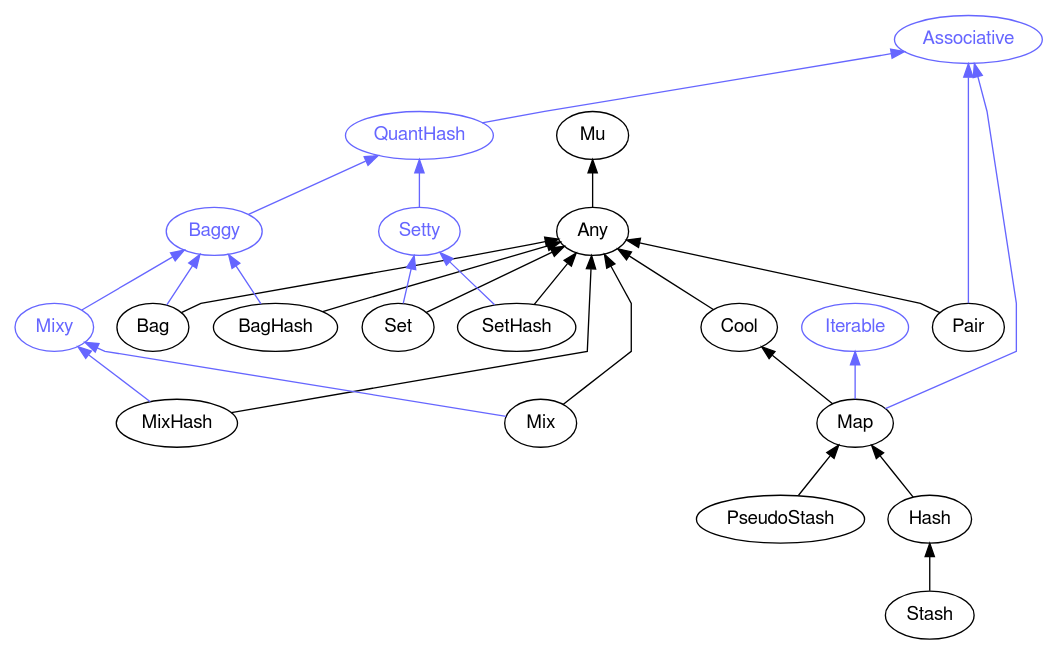
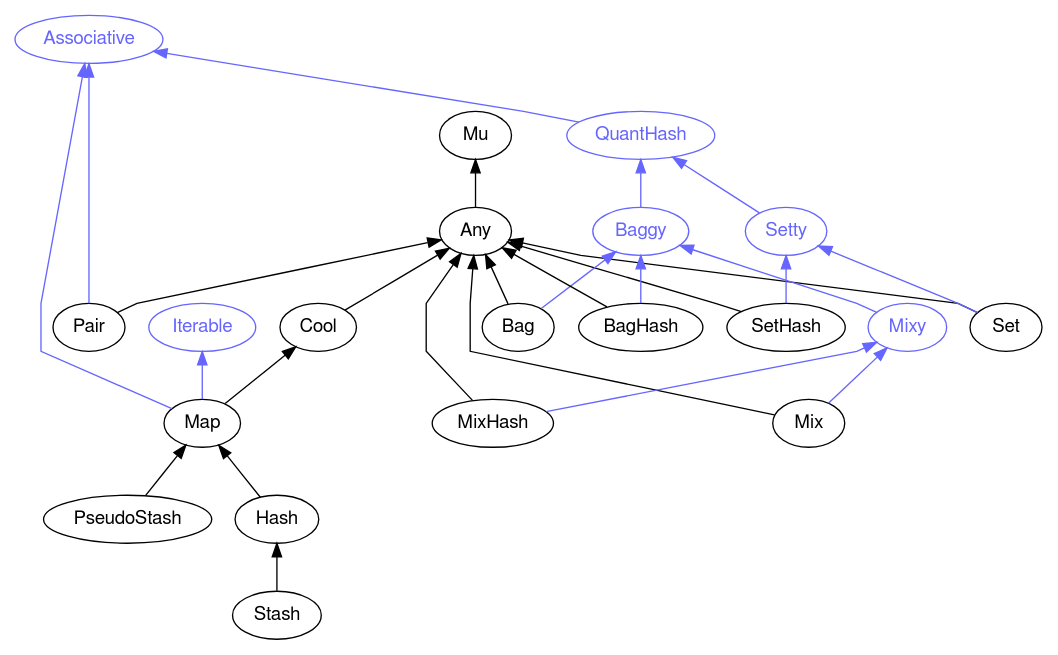
Before and after one commit to perl6docs/perl6docs.github.io: the diagram in images/type-graph-Associative.svg.dot, drawn with Graphviz. The commit also changed other lines of this file and 4402 other files, not shown here.

```diff
--- a/images/type-graph-Associative.svg.dot
+++ b/images/type-graph-Associative.svg.dot
@@ -1,56 +1,56 @@
 digraph "perl6-type-graph" {
     rankdir=BT;
     splines=polyline;
     overlap=false; 
     // Types
     "Associative" [color="#6666FF", fontcolor="#6666FF", href="/type/Associative", fontname="FreeSans"];
+    "QuantHash" [color="#6666FF", fontcolor="#6666FF", href="/type/QuantHash", fontname="FreeSans"];
     "Mu" [color="#000000", fontcolor="#000000", href="/type/Mu", fontname="FreeSans"];
     "Any" [color="#000000", fontcolor="#000000", href="/type/Any", fontname="FreeSans"];
     "Pair" [color="#000000", fontcolor="#000000", href="/type/Pair", fontname="FreeSans"];
     "Cool" [color="#000000", fontcolor="#000000", href="/type/Cool", fontname="FreeSans"];
     "Iterable" [color="#6666FF", fontcolor="#6666FF", href="/type/Iterable", fontname="FreeSans"];
     "Map" [color="#000000", fontcolor="#000000", href="/type/Map", fontname="FreeSans"];
-    "QuantHash" [color="#6666FF", fontcolor="#6666FF", href="/type/QuantHash", fontname="FreeSans"];
     "PseudoStash" [color="#000000", fontcolor="#000000", href="/type/PseudoStash", fontname="FreeSans"];
     "Hash" [color="#000000", fontcolor="#000000", href="/type/Hash", fontname="FreeSans"];
+    "Setty" [color="#6666FF", fontcolor="#6666FF", href="/type/Setty", fontname="FreeSans"];
     "Baggy" [color="#6666FF", fontcolor="#6666FF", href="/type/Baggy", fontname="FreeSans"];
-    "Setty" [color="#6666FF", fontcolor="#6666FF", href="/type/Setty", fontname="FreeSans"];
     "Stash" [color="#000000", fontcolor="#000000", href="/type/Stash", fontname="FreeSans"];
-    "Bag" [color="#000000", fontcolor="#000000", href="/type/Bag", fontname="FreeSans"];
-    "Mixy" [color="#6666FF", fontcolor="#6666FF", href="/type/Mixy", fontname="FreeSans"];
-    "BagHash" [color="#000000", fontcolor="#000000", href="/type/BagHash", fontname="FreeSans"];
     "Set" [color="#000000", fontcolor="#000000", href="/type/Set", fontname="FreeSans"];
     "SetHash" [color="#000000", fontcolor="#000000", href="/type/SetHash", fontname="FreeSans"];
+    "Mixy" [color="#6666FF", fontcolor="#6666FF", href="/type/Mixy", fontname="FreeSans"];
+    "Bag" [color="#000000", fontcolor="#000000", href="/type/Bag", fontname="FreeSans"];
+    "BagHash" [color="#000000", fontcolor="#000000", href="/type/BagHash", fontname="FreeSans"];
+    "Mix" [color="#000000", fontcolor="#000000", href="/type/Mix", fontname="FreeSans"];
     "MixHash" [color="#000000", fontcolor="#000000", href="/type/MixHash", fontname="FreeSans"];
-    "Mix" [color="#000000", fontcolor="#000000", href="/type/Mix", fontname="FreeSans"];
 
     // Superclasses
     "Any" -> "Mu" [color="#000000"];
     "Pair" -> "Any" [color="#000000"];
     "Cool" -> "Any" [color="#000000"];
     "Map" -> "Cool" [color="#000000"];
     "PseudoStash" -> "Map" [color="#000000"];
     "Hash" -> "Map" [color="#000000"];
     "Stash" -> "Hash" [color="#000000"];
+    "Set" -> "Any" [color="#000000"];
+    "SetHash" -> "Any" [color="#000000"];
     "Bag" -> "Any" [color="#000000"];
     "BagHash" -> "Any" [color="#000000"];
-    "Set" -> "Any" [color="#000000"];
-    "SetHash" -> "Any" [color="#000000"];
+    "Mix" -> "Any" [color="#000000"];
     "MixHash" -> "Any" [color="#000000"];
-    "Mix" -> "Any" [color="#000000"];
 
     // Roles
+    "QuantHash" -> "Associative" [color="#6666FF"];
     "Pair" -> "Associative" [color="#6666FF"];
     "Map" -> "Iterable" [color="#6666FF"];
     "Map" -> "Associative" [color="#6666FF"];
-    "QuantHash" -> "Associative" [color="#6666FF"];
+    "Setty" -> "QuantHash" [color="#6666FF"];
     "Baggy" -> "QuantHash" [color="#6666FF"];
-    "Setty" -> "QuantHash" [color="#6666FF"];
-    "Bag" -> "Baggy" [color="#6666FF"];
-    "Mixy" -> "Baggy" [color="#6666FF"];
-    "BagHash" -> "Baggy" [color="#6666FF"];
     "Set" -> "Setty" [color="#6666FF"];
     "SetHash" -> "Setty" [color="#6666FF"];
+    "Mixy" -> "Baggy" [color="#6666FF"];
+    "Bag" -> "Baggy" [color="#6666FF"];
+    "BagHash" -> "Baggy" [color="#6666FF"];
+    "Mix" -> "Mixy" [color="#6666FF"];
     "MixHash" -> "Mixy" [color="#6666FF"];
-    "Mix" -> "Mixy" [color="#6666FF"];
 }
```
